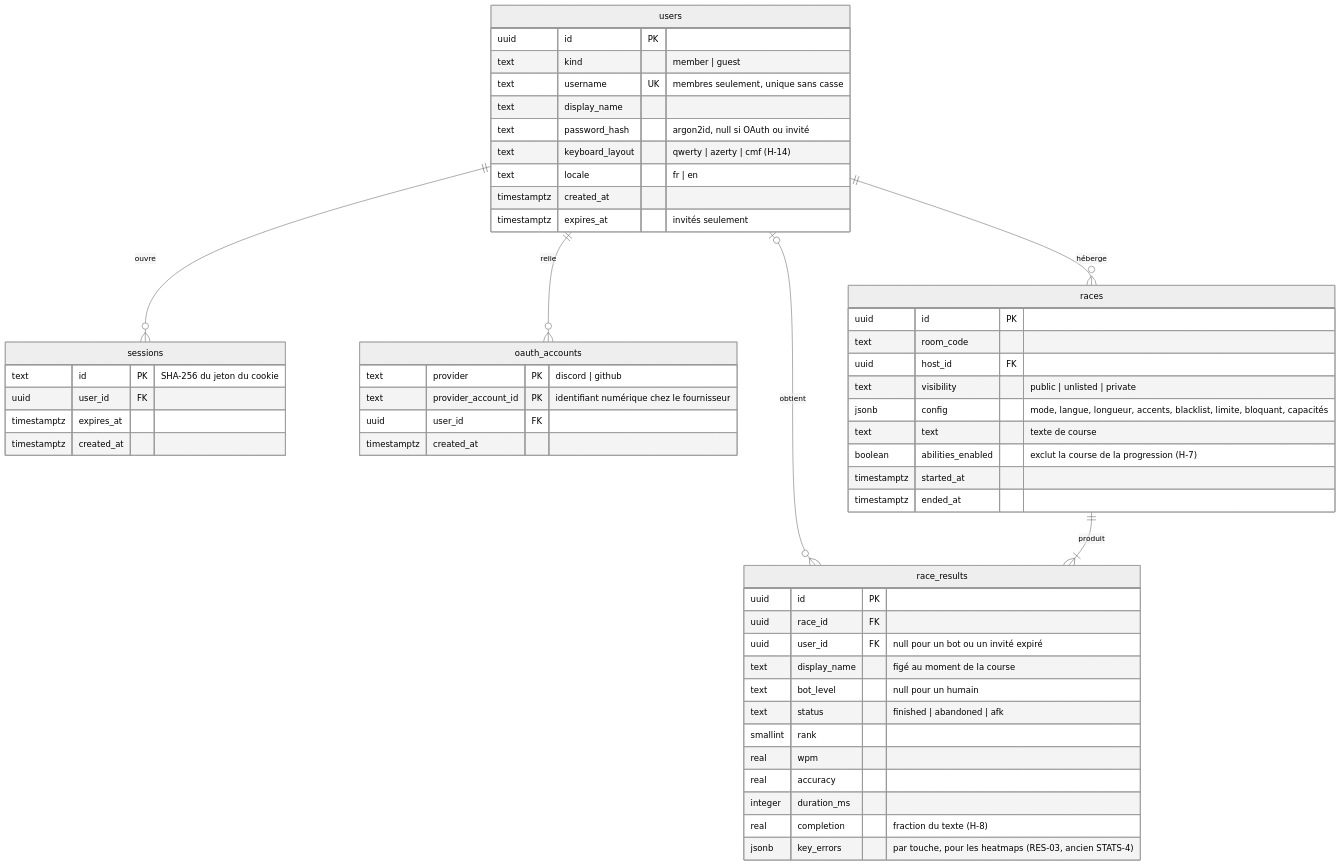
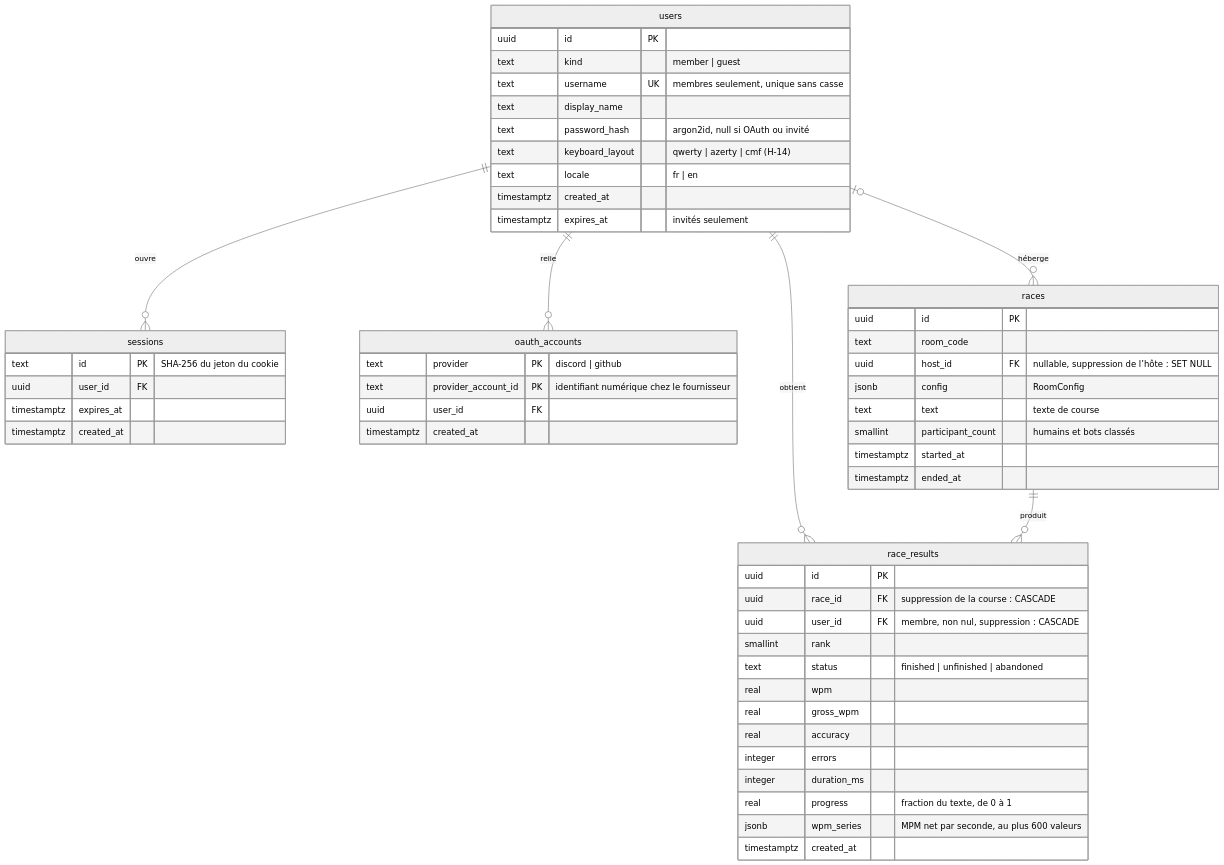
Before and after one commit to PatLeGrand/typio: the second of 8 diagrams in docs/ARCHITECTURE.md, drawn with Mermaid (neutral theme). The commit also changed other lines of this file and 14 other files, not shown here.

First line of the commit message:
feat(db): persist multiplayer race results for members

````diff
--- a/docs/ARCHITECTURE.md
+++ b/docs/ARCHITECTURE.md
@@ -76,57 +74,57 @@
 ```mermaid
 erDiagram
   users ||--o{ sessions : "ouvre"
   users ||--o{ oauth_accounts : "relie"
-  users ||--o{ races : "héberge"
-  users |o--o{ race_results : "obtient"
-  races ||--|{ race_results : "produit"
+  users |o--o{ races : "héberge"
+  users ||--o{ race_results : "obtient"
+  races ||--o{ race_results : "produit"
 
   users {
     uuid id PK
     text kind "member | guest"
     text username UK "membres seulement, unique sans casse"
     text display_name
     text password_hash "argon2id, null si OAuth ou invité"
     text keyboard_layout "qwerty | azerty | cmf (H-14)"
     text locale "fr | en"
     timestamptz created_at
     timestamptz expires_at "invités seulement"
   }
   sessions {
     text id PK "SHA-256 du jeton du cookie"
     uuid user_id FK
     timestamptz expires_at
     timestamptz created_at
   }
   oauth_accounts {
     text provider PK "discord | github"
     text provider_account_id PK "identifiant numérique chez le fournisseur"
     uuid user_id FK
     timestamptz created_at
   }
   races {
     uuid id PK
     text room_code
-    uuid host_id FK
-    text visibility "public | unlisted | private"
-    jsonb config "mode, langue, longueur, accents, blacklist, limite, bloquant, capacités"
+    uuid host_id FK "nullable, suppression de l’hôte : SET NULL"
+    jsonb config "RoomConfig"
     text text "texte de course"
-    boolean abilities_enabled "exclut la course de la progression (H-7)"
+    smallint participant_count "humains et bots classés"
     timestamptz started_at
     timestamptz ended_at
   }
   race_results {
     uuid id PK
-    uuid race_id FK
-    uuid user_id FK "null pour un bot ou un invité expiré"
-    text display_name "figé au moment de la course"
-    text bot_level "null pour un humain"
-    text status "finished | abandoned | afk"
+    uuid race_id FK "suppression de la course : CASCADE"
+    uuid user_id FK "membre, non nul, suppression : CASCADE"
     smallint rank
+    text status "finished | unfinished | abandoned"
     real wpm
+    real gross_wpm
     real accuracy
+    integer errors
     integer duration_ms
-    real completion "fraction du texte (H-8)"
-    jsonb key_errors "par touche, pour les heatmaps (RES-03, ancien STATS-4)"
+    real progress "fraction du texte, de 0 à 1"
+    jsonb wpm_series "MPM net par seconde, au plus 600 valeurs"
+    timestamptz created_at
   }
 ```
````
